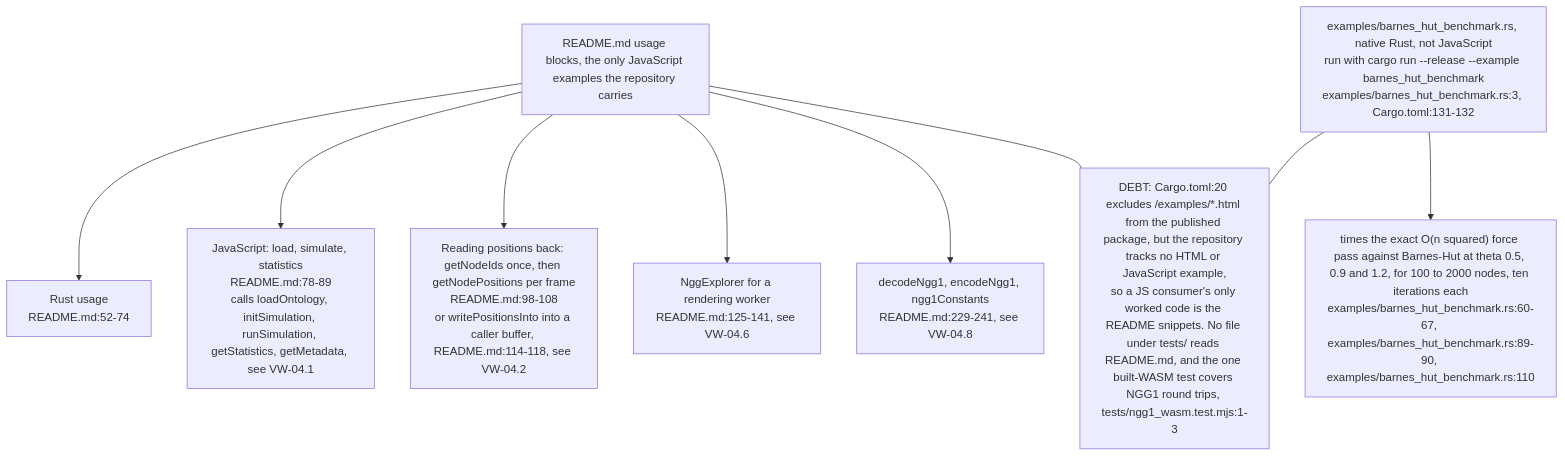
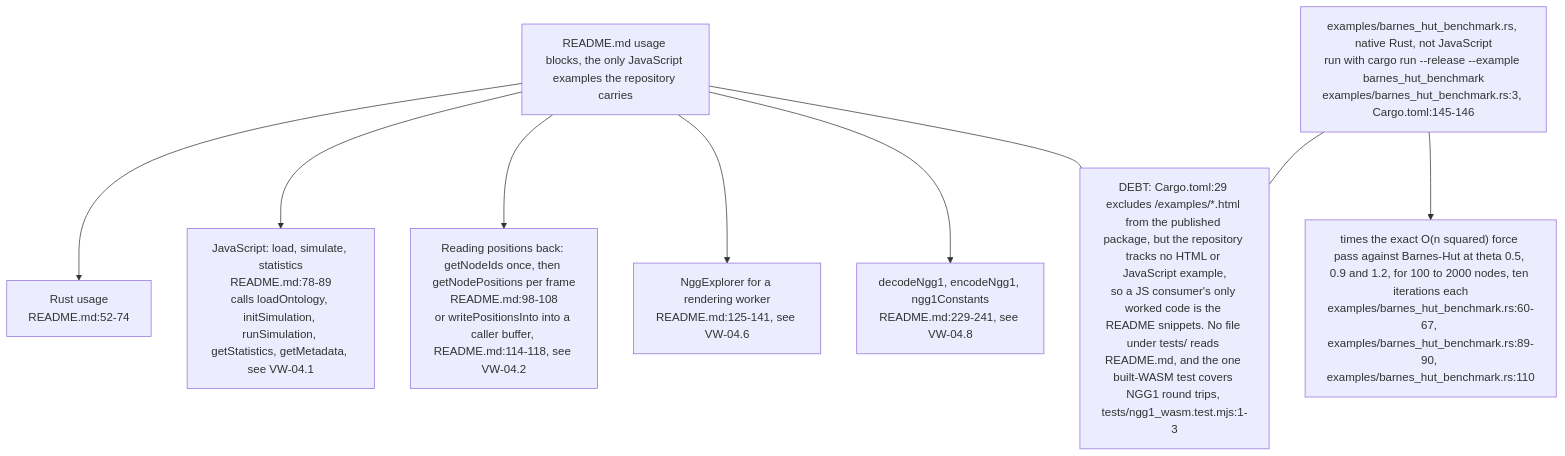
Before and after one commit to DreamLab-AI/VisionFlow: the ninth of 10 diagrams in docs/diagrams/vowl-wasm/04-js-api-examples-and-consumers.md, drawn with Mermaid. The commit also changed other lines of this file and 5 other files, not shown here.

First line of the commit message:
docs(diagrams): vowl-wasm re-verified at v0.4.0 (0779174)

````diff
--- a/docs/diagrams/vowl-wasm/04-js-api-examples-and-consumers.md
+++ b/docs/diagrams/vowl-wasm/04-js-api-examples-and-consumers.md
@@ -162,13 +165,13 @@
 ```mermaid
 flowchart TB
     README["README.md usage blocks, the only JavaScript examples the repository carries"] --> RSU["Rust usage<br/>README.md:52-74"]
     README --> JSU["JavaScript: load, simulate, statistics<br/>README.md:78-89<br/>calls loadOntology, initSimulation, runSimulation, getStatistics, getMetadata, see VW-04.1"]
     README --> POS["Reading positions back: getNodeIds once, then getNodePositions per frame<br/>README.md:98-108<br/>or writePositionsInto into a caller buffer, README.md:114-118, see VW-04.2"]
     README --> WRK["NggExplorer for a rendering worker<br/>README.md:125-141, see VW-04.6"]
     README --> NGG["decodeNgg1, encodeNgg1, ngg1Constants<br/>README.md:229-241, see VW-04.8"]
-    EX["examples/barnes_hut_benchmark.rs, native Rust, not JavaScript<br/>run with cargo run --release --example barnes_hut_benchmark<br/>examples/barnes_hut_benchmark.rs:3, Cargo.toml:131-132"]
+    EX["examples/barnes_hut_benchmark.rs, native Rust, not JavaScript<br/>run with cargo run --release --example barnes_hut_benchmark<br/>examples/barnes_hut_benchmark.rs:3, Cargo.toml:145-146"]
     EX --> BENCH["times the exact O(n squared) force pass against Barnes-Hut at theta 0.5, 0.9 and 1.2, for 100 to 2000 nodes, ten iterations each<br/>examples/barnes_hut_benchmark.rs:60-67, examples/barnes_hut_benchmark.rs:89-90, examples/barnes_hut_benchmark.rs:110"]
-    DEBT["DEBT: Cargo.toml:20 excludes /examples/*.html from the published package, but the repository tracks no HTML or JavaScript example,<br/>so a JS consumer's only worked code is the README snippets. No file under tests/ reads README.md, and the one built-WASM test covers NGG1 round trips, tests/ngg1_wasm.test.mjs:1-3"]
+    DEBT["DEBT: Cargo.toml:29 excludes /examples/*.html from the published package, but the repository tracks no HTML or JavaScript example,<br/>so a JS consumer's only worked code is the README snippets. No file under tests/ reads README.md, and the one built-WASM test covers NGG1 round trips, tests/ngg1_wasm.test.mjs:1-3"]
     README --- DEBT
     EX --- DEBT
 ```
````
